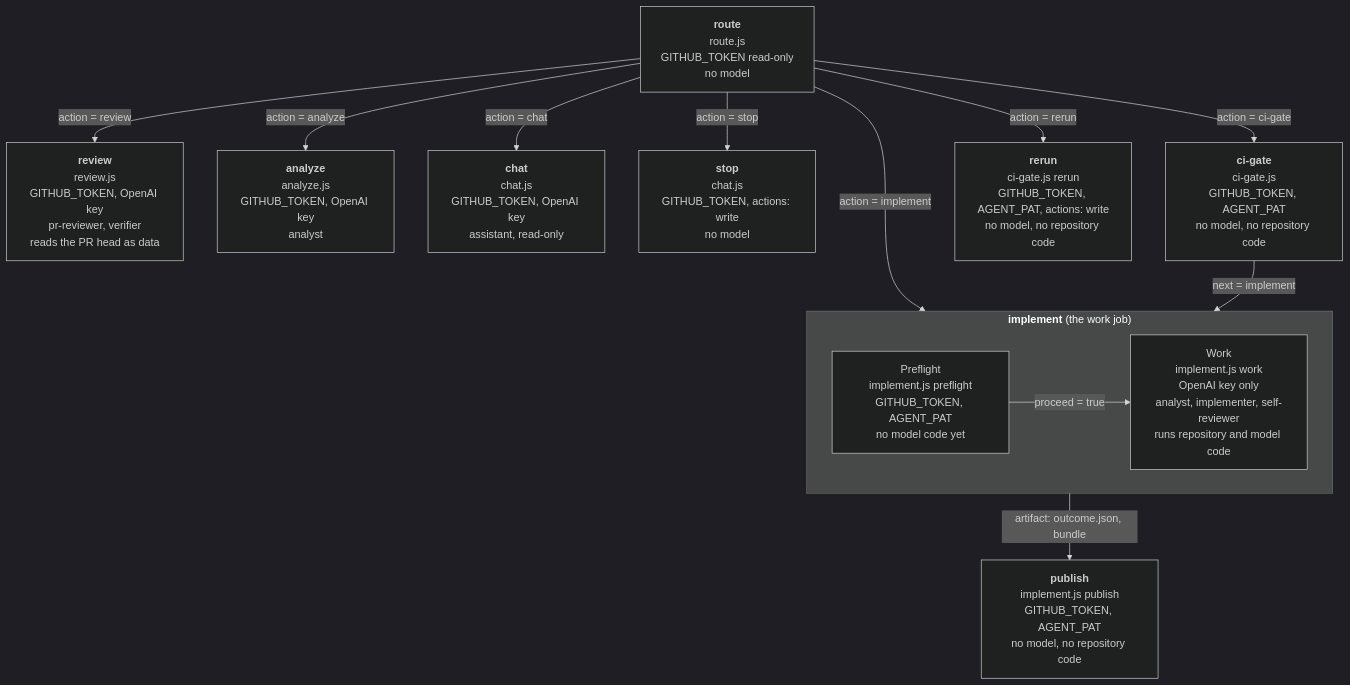
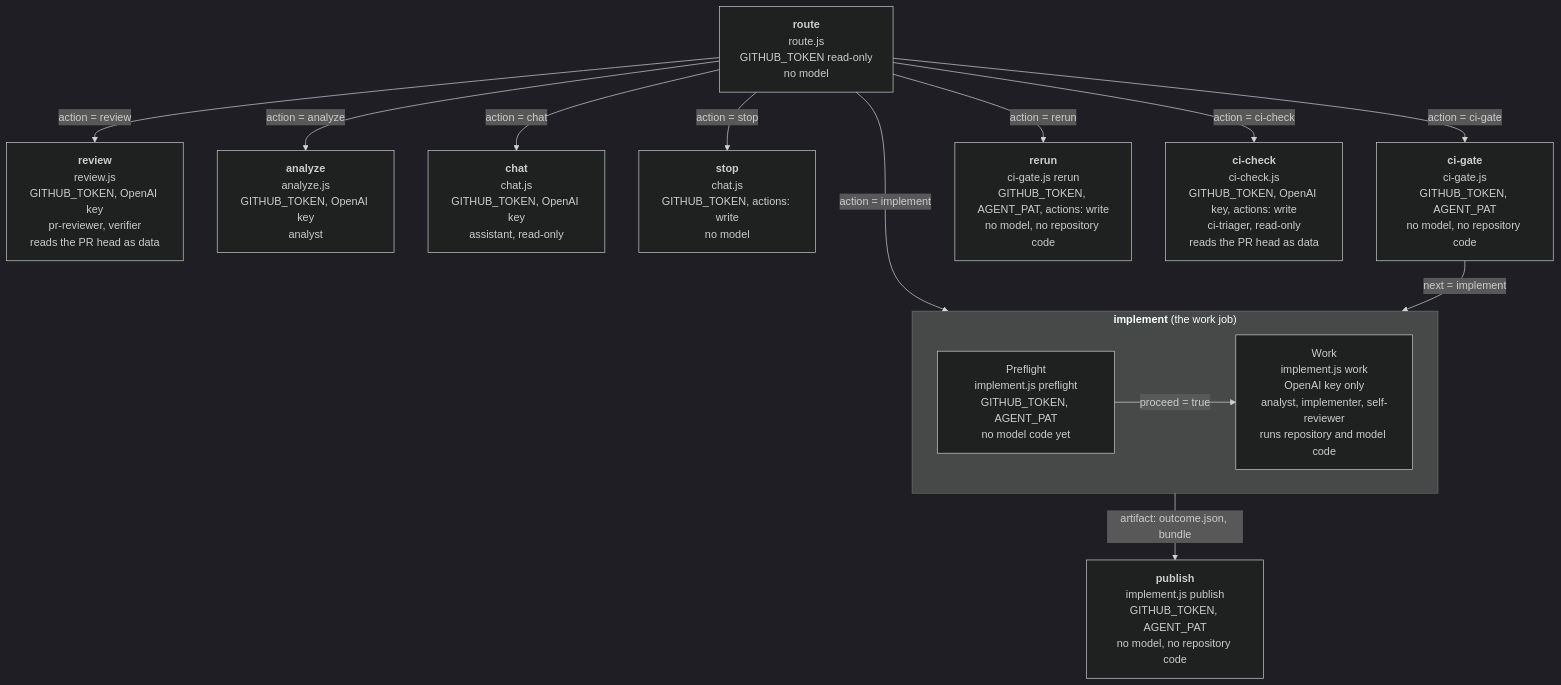
One commit to Netcracker/qubership-apihub changed the second of 11 diagrams in docs/internal/autonomous-agent/architecture.md. Above: the diagram before and after it, drawn with Mermaid (dark theme). The commit also changed other lines of this file and 20 other files, not shown here.

````diff
--- a/docs/internal/autonomous-agent/architecture.md
+++ b/docs/internal/autonomous-agent/architecture.md
@@ -94,18 +95,19 @@
 ```mermaid
 flowchart TB
   ROUTE["<b>route</b><br/>route.js<br/>GITHUB_TOKEN read-only<br/>no model"]
   ROUTE -- "action = review" --> REVIEW["<b>review</b><br/>review.js<br/>GITHUB_TOKEN, OpenAI key<br/>pr-reviewer, verifier<br/>reads the PR head as data"]
   ROUTE -- "action = analyze" --> ANALYZE["<b>analyze</b><br/>analyze.js<br/>GITHUB_TOKEN, OpenAI key<br/>analyst"]
   ROUTE -- "action = chat" --> CHAT["<b>chat</b><br/>chat.js<br/>GITHUB_TOKEN, OpenAI key<br/>assistant, read-only"]
   ROUTE -- "action = stop" --> STOP["<b>stop</b><br/>chat.js<br/>GITHUB_TOKEN, actions: write<br/>no model"]
   ROUTE -- "action = ci-gate" --> GATE["<b>ci-gate</b><br/>ci-gate.js<br/>GITHUB_TOKEN, AGENT_PAT<br/>no model, no repository code"]
   ROUTE -- "action = rerun" --> RERUN["<b>rerun</b><br/>ci-gate.js rerun<br/>GITHUB_TOKEN, AGENT_PAT, actions: write<br/>no model, no repository code"]
+  ROUTE -- "action = ci-check" --> CICHECK["<b>ci-check</b><br/>ci-check.js<br/>GITHUB_TOKEN, OpenAI key, actions: write<br/>ci-triager, read-only<br/>reads the PR head as data"]
   ROUTE -- "action = implement" --> IMPL
   GATE -- "next = implement" --> IMPL
   subgraph IMPL["<b>implement</b> (the work job)"]
     PRE["Preflight<br/>implement.js preflight<br/>GITHUB_TOKEN, AGENT_PAT<br/>no model code yet"]
     WORK["Work<br/>implement.js work<br/>OpenAI key only<br/>analyst, implementer, self-reviewer<br/>runs repository and model code"]
     PRE -- "proceed = true" --> WORK
   end
   IMPL -- "artifact: outcome.json, bundle" --> PUB["<b>publish</b><br/>implement.js publish<br/>GITHUB_TOKEN, AGENT_PAT<br/>no model, no repository code"]
 ```
````
